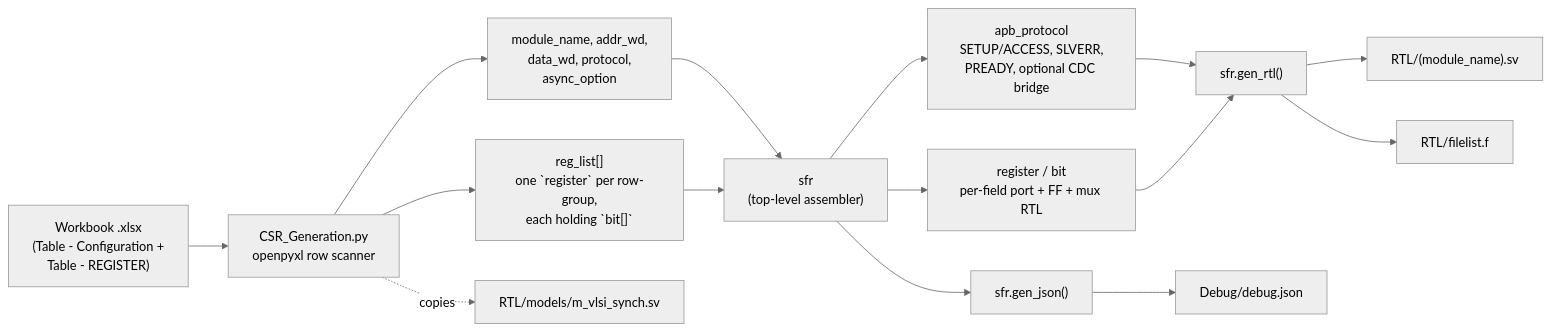
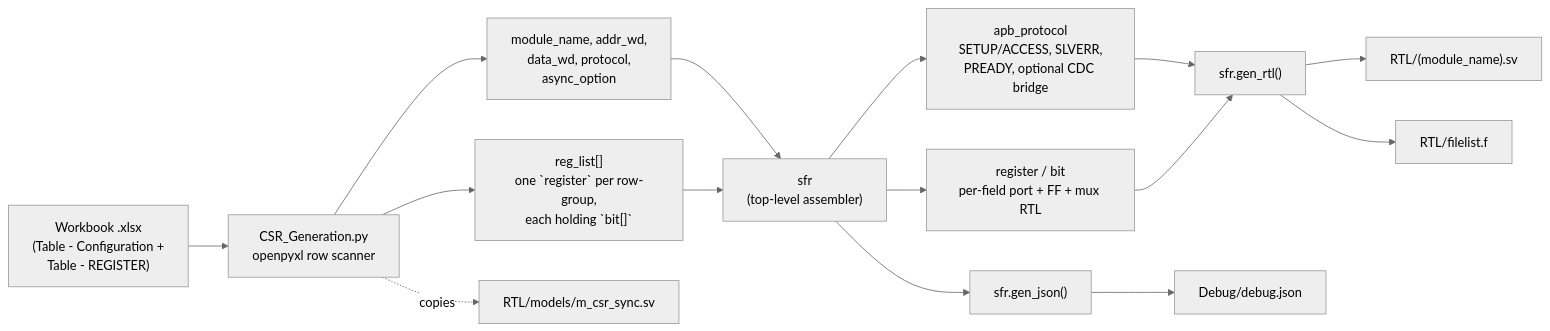
One commit to nguyenquanicd/APB-CSR-Generator changed the first of 5 diagrams in README.md. Above: the diagram before and after it, drawn with Mermaid (neutral theme). The commit also changed other lines of this file and 19 other files, not shown here.

````diff
--- a/README.md
+++ b/README.md
@@ -84,17 +84,17 @@
 ```mermaid
 flowchart LR
     WB["Workbook .xlsx\n(Table - Configuration +\nTable - REGISTER)"] --> PARSE["CSR_Generation.py\nopenpyxl row scanner"]
     PARSE --> CFG["module_name, addr_wd,\ndata_wd, protocol,\nasync_option"]
     PARSE --> REGS["reg_list[]\none `register` per row-group,\neach holding `bit[]`"]
     CFG --> SFR["sfr\n(top-level assembler)"]
     REGS --> SFR
     SFR --> PROTO["apb_protocol\nSETUP/ACCESS, SLVERR,\nPREADY, optional CDC bridge"]
     SFR --> REGRTL["register / bit\nper-field port + FF + mux RTL"]
     PROTO --> GENRTL["sfr.gen_rtl()"]
     REGRTL --> GENRTL
     GENRTL --> SV["RTL/(module_name).sv"]
     GENRTL --> FL["RTL/filelist.f"]
-    PARSE -.copies.-> SYNC["RTL/models/m_vlsi_synch.sv"]
+    PARSE -.copies.-> SYNC["RTL/models/m_csr_sync.sv"]
     SFR --> JSON["sfr.gen_json()"]
     JSON --> DBG["Debug/debug.json"]
 ```
````
